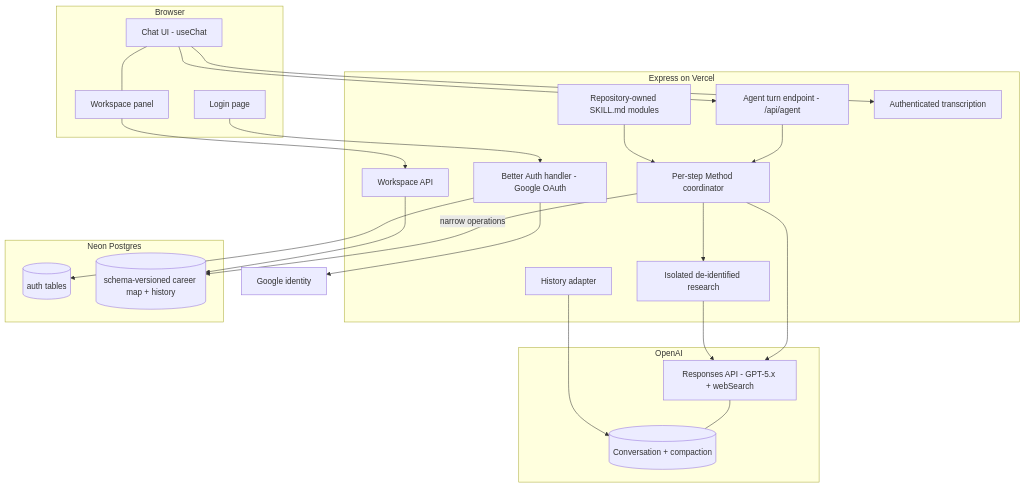
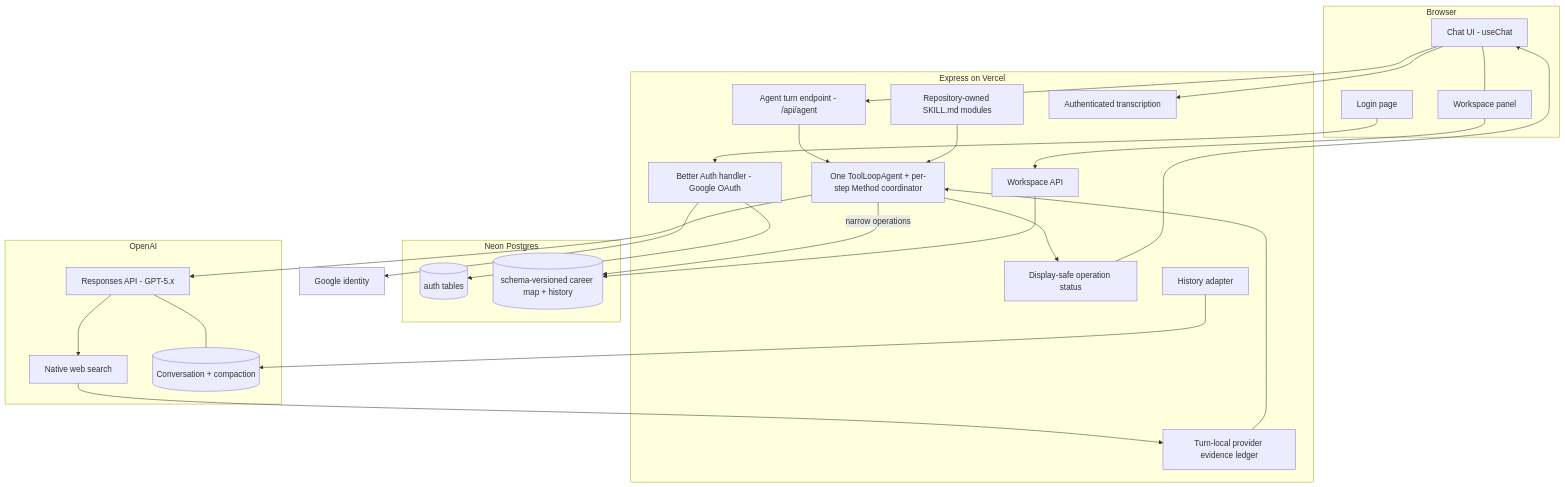
The second of 5 diagrams in docs/plans/2026-08-14-claude-feat-revelio-revamp-plan.md (andres-monge/ikigai), drawn with Mermaid before and after one commit. The commit also changed other lines of this file and 1 other file, not shown here.

First line of the commit message:
docs(plan): authorize one-loop contextual research (U1)

````diff
--- a/docs/plans/2026-08-14-claude-feat-revelio-revamp-plan.md
+++ b/docs/plans/2026-08-14-claude-feat-revelio-revamp-plan.md
@@ -261,36 +271,40 @@
 ```mermaid
 flowchart TB
   subgraph Browser
     Chat[Chat UI - useChat] --- WS[Workspace panel]
     Login[Login page]
   end
   subgraph Express on Vercel
     Auth[Better Auth handler - Google OAuth]
     AgentEP[Agent turn endpoint - /api/agent]
-    Method[Per-step Method coordinator]
+    Method[One ToolLoopAgent + per-step Method coordinator]
     Skills[Repository-owned SKILL.md modules]
-    Research[Isolated de-identified research]
+    Ledger[Turn-local provider evidence ledger]
+    Status[Display-safe operation status]
     Audio[Authenticated transcription]
     Hist[History adapter]
     WSAPI[Workspace API]
   end
   subgraph Neon Postgres
     Users[(auth tables)]
     Map[(schema-versioned career map + history)]
   end
   subgraph OpenAI
-    Resp[Responses API - GPT-5.x + webSearch]
+    Resp[Responses API - GPT-5.x]
+    Search[Native web search]
     Conv[(Conversation + compaction)]
   end
   Login --> Auth --> Google[Google identity]
   Auth --> Users
   Chat --> AgentEP --> Method
   Skills --> Method
   Method --> Resp
-  Method --> Research --> Resp
+  Resp --> Search
+  Search --> Ledger --> Method
+  Method --> Status --> Chat
   Chat --> Audio
   Resp --- Conv
   Method -->|narrow operations| Map
   Hist --> Conv
   WS --> WSAPI --> Map
 ```
````
